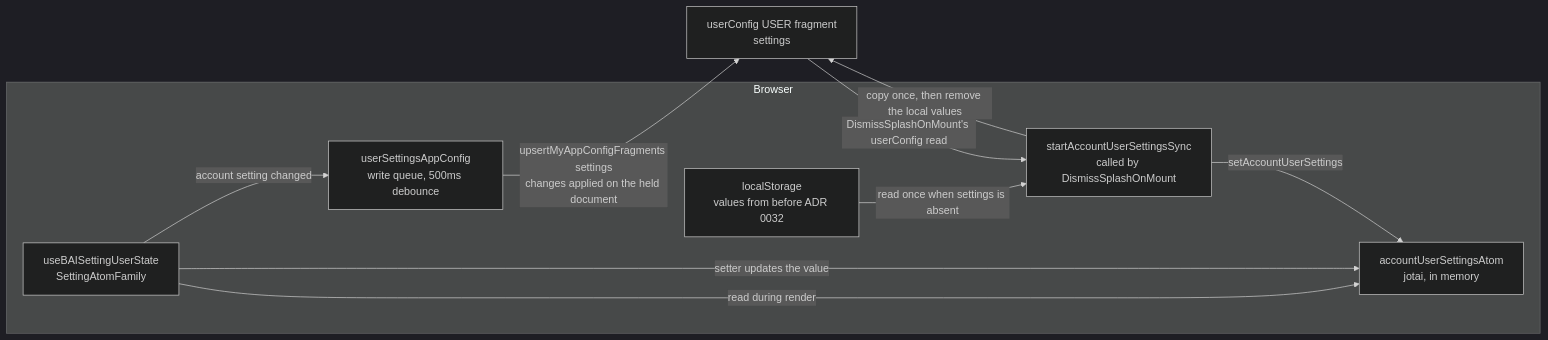
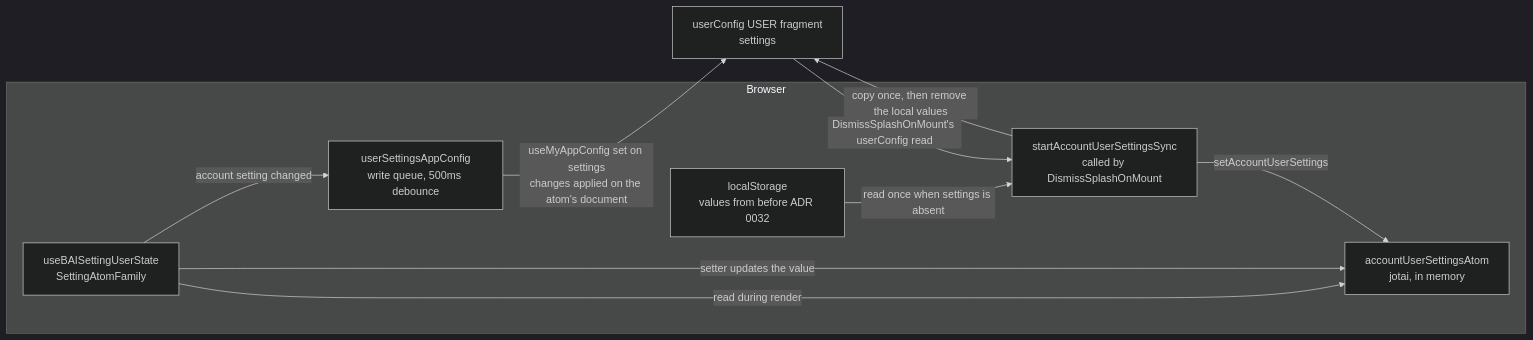
One commit to lablup/backend.ai-webui changed the diagram in docs/adr/0032-personal-settings-in-the-user-app-config.md. Above: the diagram before and after it, drawn with Mermaid (dark theme). The commit also changed other lines of this file and 6 other files, not shown here.

First line of the commit message:
refactor(#10435): start the account settings sync from useMyAppConfig('settings')

````diff
--- a/docs/adr/0032-personal-settings-in-the-user-app-config.md
+++ b/docs/adr/0032-personal-settings-in-the-user-app-config.md
@@ -24,19 +24,19 @@
 ```mermaid
 flowchart LR
   subgraph browser["Browser"]
     hook["useBAISettingUserState<br/>SettingAtomFamily"]
     memory["accountUserSettingsAtom<br/>jotai, in memory"]
     legacy["localStorage<br/>values from before ADR 0032"]
     queue["userSettingsAppConfig<br/>write queue, 500ms debounce"]
     sync["startAccountUserSettingsSync<br/>called by DismissSplashOnMount"]
   end
   user["userConfig USER fragment<br/>settings"]
   hook -- "read during render" --> memory
   hook -- "setter updates the value" --> memory
   hook -- "account setting changed" --> queue
-  queue -- "upsertMyAppConfigFragments settings<br/>changes applied on the held document" --> user
+  queue -- "useMyAppConfig set on settings<br/>changes applied on the atom's document" --> user
   user -- "DismissSplashOnMount's userConfig read" --> sync
   sync -- "setAccountUserSettings" --> memory
   legacy -- "read once when settings is absent" --> sync
   sync -- "copy once, then remove the local values" --> user
 ```
````
